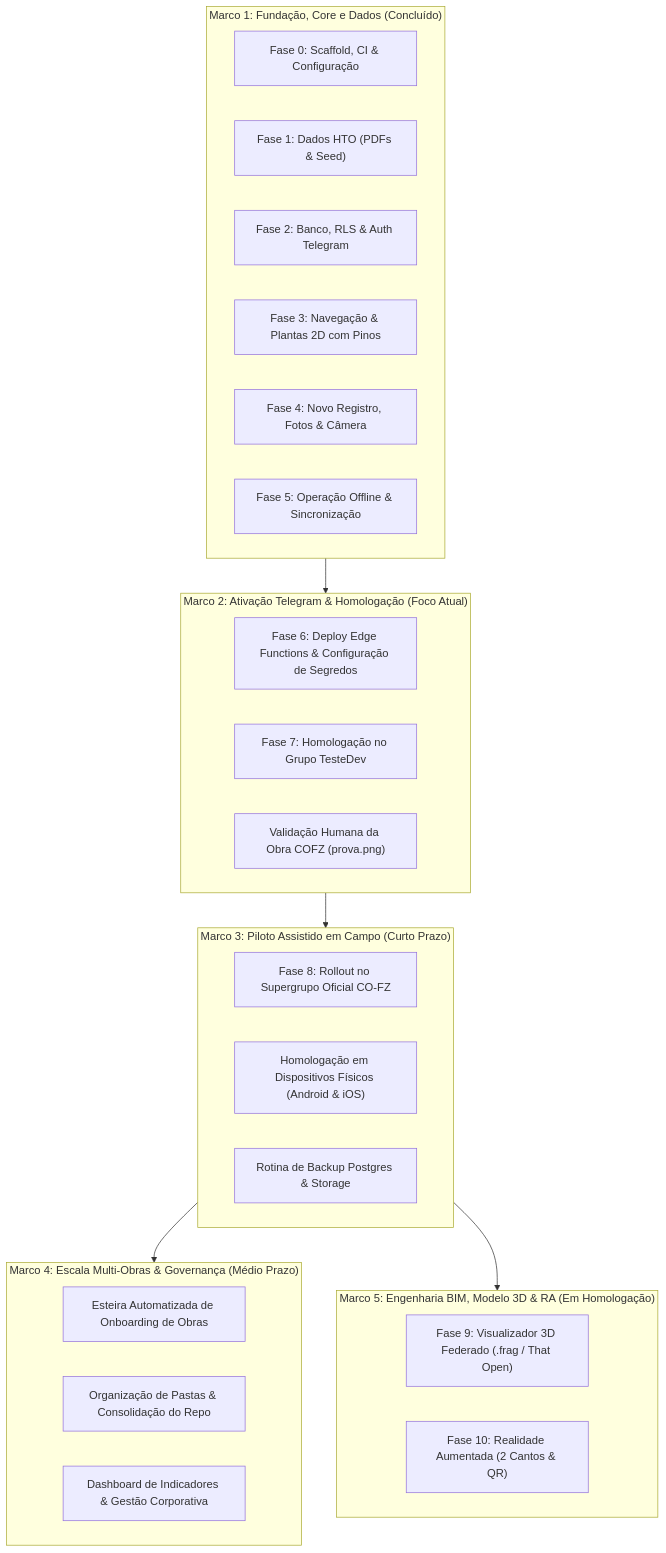
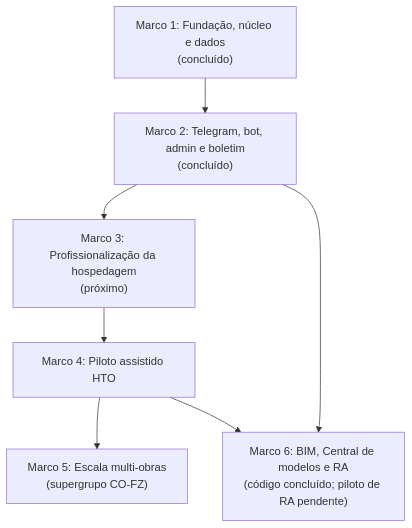
Before and after one commit to PFAN1234/MINIAPPCOFZ: the second of 2 diagrams in docs/ROADMAP.md, drawn with Mermaid. The commit also changed other lines of this file and 3 other files, not shown here.

First line of the commit message:
Atualiza o checklist e o roadmap e estima os custos de hospedagem

````diff
--- a/docs/ROADMAP.md
+++ b/docs/ROADMAP.md
@@ -66,39 +77,12 @@
 ```mermaid
 flowchart TD
-    subgraph M1["Marco 1: Fundação, Core e Dados (Concluído)"]
-        F0["Fase 0: Scaffold, CI & Configuração"]
-        F1["Fase 1: Dados HTO (PDFs & Seed)"]
-        F2["Fase 2: Banco, RLS & Auth Telegram"]
-        F3["Fase 3: Navegação & Plantas 2D com Pinos"]
-        F4["Fase 4: Novo Registro, Fotos & Câmera"]
-        F5["Fase 5: Operação Offline & Sincronização"]
-    end
-
-    subgraph M2["Marco 2: Ativação Telegram & Homologação (Foco Atual)"]
-        F6["Fase 6: Deploy Edge Functions & Configuração de Segredos"]
-        F7["Fase 7: Homologação no Grupo TesteDev"]
-        COFZ["Validação Humana da Obra COFZ (prova.png)"]
-    end
-
-    subgraph M3["Marco 3: Piloto Assistido em Campo (Curto Prazo)"]
-        F8["Fase 8: Rollout no Supergrupo Oficial CO-FZ"]
-        HOM["Homologação em Dispositivos Físicos (Android & iOS)"]
-        BKP["Rotina de Backup Postgres & Storage"]
-    end
-
-    subgraph M4["Marco 4: Escala Multi-Obras & Governança (Médio Prazo)"]
-        AUTO["Esteira Automatizada de Onboarding de Obras"]
-        ORG["Organização de Pastas & Consolidação do Repo"]
-        DASH["Dashboard de Indicadores & Gestão Corporativa"]
-    end
-
-    subgraph M5["Marco 5: Engenharia BIM, Modelo 3D & RA (Em Homologação)"]
-        F9["Fase 9: Visualizador 3D Federado (.frag / That Open)"]
-        F10["Fase 10: Realidade Aumentada (2 Cantos & QR)"]
-    end
-
-    M1 --> M2
-    M2 --> M3
-    M3 --> M4
-    M3 --> M5
+    M1["Marco 1: Fundação, núcleo e dados\n(concluído)"]
+    M2["Marco 2: Telegram, bot, admin e boletim\n(concluído)"]
+    M3["Marco 3: Profissionalização da hospedagem\n(próximo)"]
+    M4["Marco 4: Piloto assistido HTO"]
+    M5["Marco 5: Escala multi-obras\n(supergrupo CO-FZ)"]
+    M6["Marco 6: BIM, Central de modelos e RA\n(código concluído; piloto de RA pendente)"]
+    M1 --> M2 --> M3 --> M4 --> M5
+    M2 --> M6
+    M4 --> M6
 ```
````
